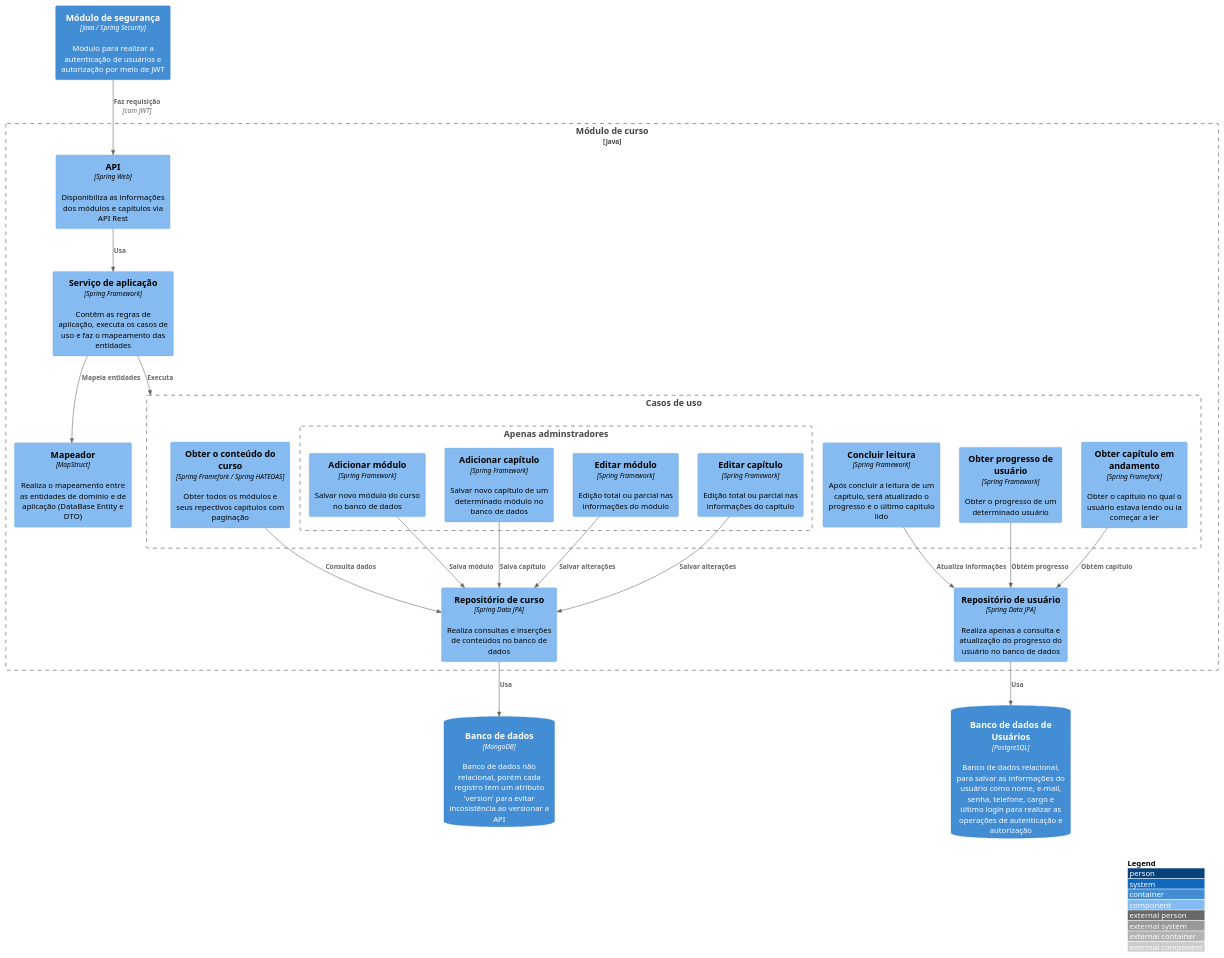
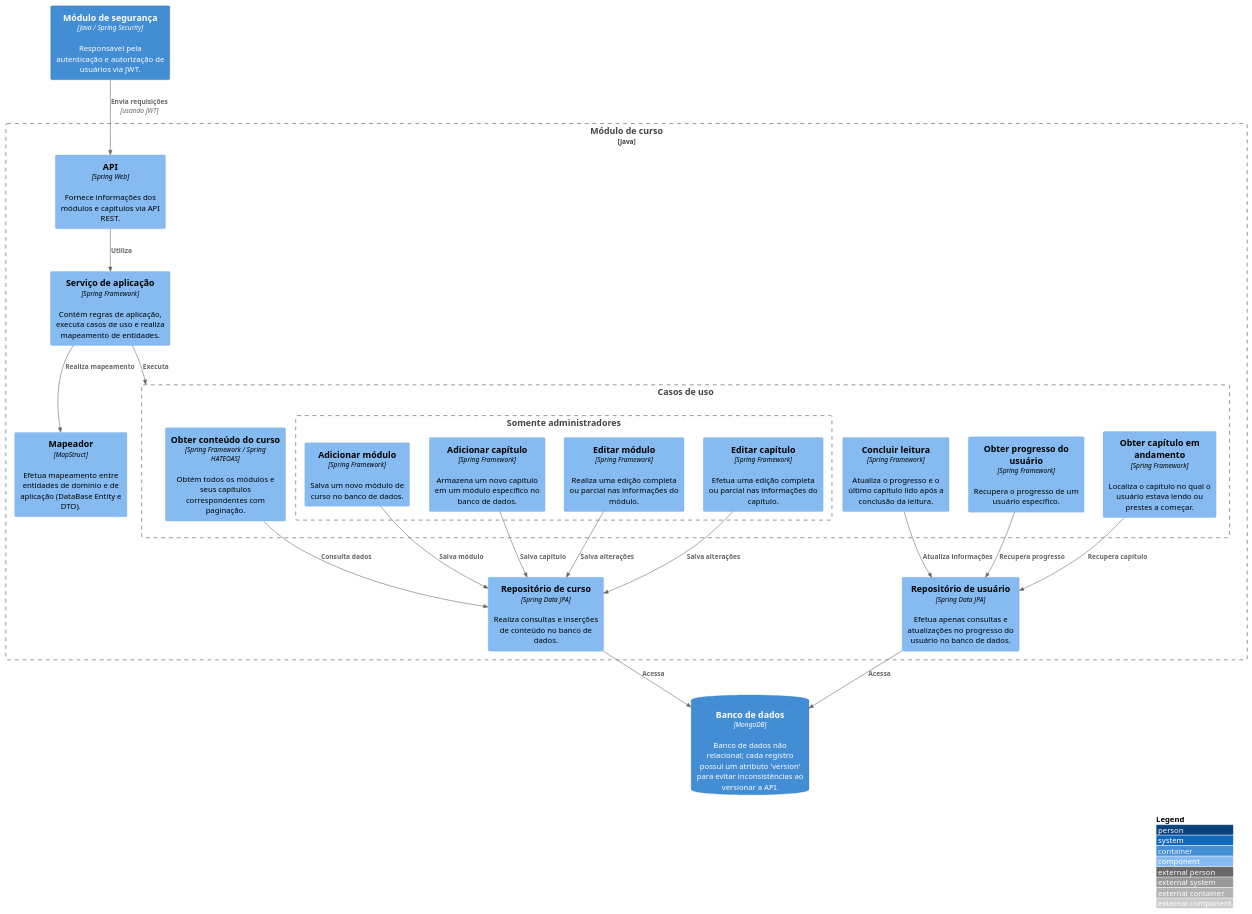
The diagram in c3-components/back-end/course-module/course_module.puml (Open-3A/3A-c4-model), drawn with PlantUML before and after one commit.

Commit message:
refactor(c3): clarify diagram of course module

```diff
--- a/c3-components/back-end/course-module/course_module.puml
+++ b/c3-components/back-end/course-module/course_module.puml
@@ -1,50 +1,49 @@
 @startuml Course Module
 
 !include https://raw.githubusercontent.com/adrianvlupu/C4-PlantUML/latest/C4_Component.puml
 
 LAYOUT_WITH_LEGEND()
 
-Container(security_module, "Módulo de segurança", "Java / Spring Security", "Módulo para realizar a autenticação de usuários e autorização por meio de JWT")
+Container(security_module, "Módulo de segurança", "Java / Spring Security", "Responsável pela autenticação e autorização de usuários via JWT.")
 
 Boundary(course_module, "Módulo de curso", "Java"){
-  Component(course_api, "API", "Spring Web", "Disponibiliza as informações dos módulos e capítulos via API Rest")
-  Component(course_service, "Serviço de aplicação", "Spring Framework", "Contêm as regras de aplicação, executa os casos de uso e faz o mapeamento das entidades")
-  Component(course_mapper, "Mapeador", "MapStruct", "Realiza o mapeamento entre as entidades de domínio e de aplicação (DataBase Entity e DTO)")
+  Component(course_api, "API", "Spring Web", "Fornece informações dos módulos e capítulos via API REST.")
+  Component(course_service, "Serviço de aplicação", "Spring Framework", "Contém regras de aplicação, executa casos de uso e realiza mapeamento de entidades.")
+  Component(course_mapper, "Mapeador", "MapStruct", "Efetua mapeamento entre entidades de domínio e de aplicação (DataBase Entity e DTO).")
 
   Boundary(course_uses_cases, "Casos de uso"){
-    Component(get_user_progress_use_case, "Obter progresso de usuário", "Spring Framework", "Obter o progresso de um determinado usuário")
-    Component(get_course_content_use_case, "Obter o conteúdo do curso", "Spring Framefork / Spring HATEOAS", "Obter todos os módulos e seus repectivos capítulos com paginação")
-    Component(get_chapter_to_continue_use_case, "Obter capítulo em andamento", "Spring Framefork", "Obter o capítulo no qual o usuário estava lendo ou ia começar a ler")
-    Component(finish_reading_use_case, "Concluir leitura", "Spring Framework", "Após concluir a leitura de um capítulo, será atualizado o progresso e o último capítulo lido")
+    Component(get_user_progress_use_case, "Obter progresso do usuário", "Spring Framework", "Recupera o progresso de um usuário específico.")
+    Component(get_course_content_use_case, "Obter conteúdo do curso", "Spring Framework / Spring HATEOAS", "Obtém todos os módulos e seus capítulos correspondentes com paginação.")
+    Component(get_chapter_to_continue_use_case, "Obter capítulo em andamento", "Spring Framework", "Localiza o capítulo no qual o usuário estava lendo ou prestes a começar.")
+    Component(finish_reading_use_case, "Concluir leitura", "Spring Framework", "Atualiza o progresso e o último capítulo lido após a conclusão da leitura.")
 
-    Boundary(only_admins, "Apenas adminstradores"){
-      Component(add_course_module_use_case, "Adicionar módulo", "Spring Framework", "Salvar novo módulo do curso no banco de dados")
-      Component(add_chapter_use_case, "Adicionar capítulo", "Spring Framework", "Salvar novo capítulo de um determinado módulo no banco de dados")
-      Component(edit_module_use_case, "Editar módulo", "Spring Framework", "Edição total ou parcial nas informações do módulo")
-      Component(edit_chapter_use_case, "Editar capítulo", "Spring Framework", "Edição total ou parcial nas informações do capítulo")
+    Boundary(only_admins, "Somente administradores"){
+      Component(add_course_module_use_case, "Adicionar módulo", "Spring Framework", "Salva um novo módulo de curso no banco de dados.")
+      Component(add_chapter_use_case, "Adicionar capítulo", "Spring Framework", "Armazena um novo capítulo em um módulo específico no banco de dados.")
+      Component(edit_module_use_case, "Editar módulo", "Spring Framework", "Realiza uma edição completa ou parcial nas informações do módulo.")
+      Component(edit_chapter_use_case, "Editar capítulo", "Spring Framework", "Efetua uma edição completa ou parcial nas informações do capítulo.")
     }
   }
 
-  Component(course_repository, "Repositório de curso", "Spring Data JPA", "Realiza consultas e inserções de conteúdos no banco de dados")
-  Component(user_repository, "Repositório de usuário", "Spring Data JPA", "Realiza apenas a consulta e atualização do progresso do usuário no banco de dados")
+  Component(course_repository, "Repositório de curso", "Spring Data JPA", "Realiza consultas e inserções de conteúdo no banco de dados.")
+  Component(user_repository, "Repositório de usuário", "Spring Data JPA", "Efetua apenas consultas e atualizações no progresso do usuário no banco de dados.")
 }
 
-ContainerDb(db, "Banco de dados", "MongoDB", "Banco de dados não relacional, porém cada registro tem um atributo 'version' para evitar incosistência ao versionar a API")
-ContainerDb(user_db, "Banco de dados de Usuários", "PostgreSQL", "Banco de dados relacional, para salvar as informações do usuário como nome, e-mail, senha, telefone, cargo e último login para realizar as operações de autenticação e autorização")
+ContainerDb(db, "Banco de dados", "MongoDB", "Banco de dados não relacional; cada registro possui um atributo 'version' para evitar inconsistências ao versionar a API.")
 
-Rel(security_module, course_api, "Faz requisição", "com JWT")
-Rel(course_api, course_service, "Usa")
+Rel(security_module, course_api, "Envia requisições", "usando JWT")
+Rel(course_api, course_service, "Utiliza")
 Rel(course_service, course_uses_cases, "Executa")
-Rel(course_service, course_mapper, "Mapeia entidades")
+Rel(course_service, course_mapper, "Realiza mapeamento")
 Rel(get_course_content_use_case, course_repository, "Consulta dados")
-Rel(course_repository, db, "Usa")
-Rel(get_user_progress_use_case, user_repository, "Obtém progresso")
-Rel(get_chapter_to_continue_use_case, user_repository, "Obtém capítulo")
+Rel(course_repository, db, "Acessa")
+Rel(get_user_progress_use_case, user_repository, "Recupera progresso")
+Rel(get_chapter_to_continue_use_case, user_repository, "Recupera capítulo")
 Rel(add_course_module_use_case, course_repository, "Salva módulo")
 Rel(add_chapter_use_case, course_repository, "Salva capítulo")
-Rel(edit_module_use_case, course_repository, "Salvar alterações")
-Rel(edit_chapter_use_case, course_repository, "Salvar alterações")
+Rel(edit_module_use_case, course_repository, "Salva alterações")
+Rel(edit_chapter_use_case, course_repository, "Salva alterações")
 Rel(finish_reading_use_case, user_repository, "Atualiza informações")
-Rel(user_repository, user_db, "Usa")
+Rel(user_repository, db, "Acessa")
 
 @enduml
```
